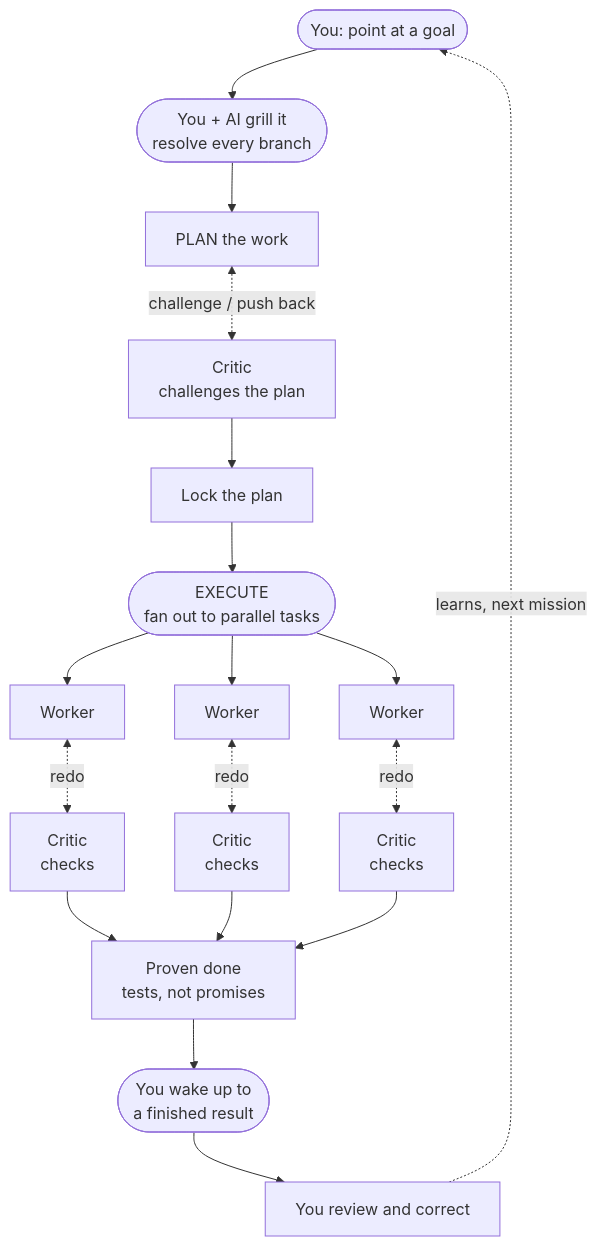
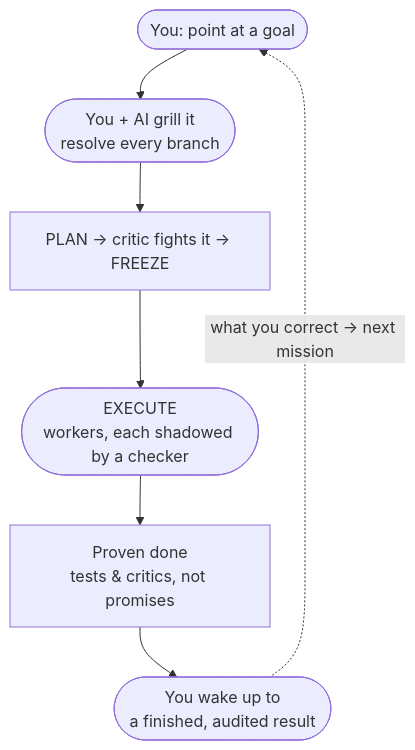
The diagram in README.md (yiliangs/long-mission-orchestrator), drawn with Mermaid before and after one commit. The commit also changed other lines of this file, not shown here.

Commit message:
docs: rewrite README for v0.2 — readable, key-features-first (390->165 lines, 7 diagrams->1)

````diff
--- a/README.md
+++ b/README.md
@@ -10,18 +9,9 @@
 ```mermaid
 flowchart TD
     H(["You: point at a goal"]) --> GRILL(["You + AI grill it<br/>resolve every branch"])
-    GRILL --> PLAN["PLAN the work"]
-    PLAN <-.->|"challenge / push back"| PCRIT["Critic<br/>challenges the plan"]
-    PCRIT --> FREEZE["Lock the plan"]
-
-    FREEZE --> EX(["EXECUTE<br/>fan out to parallel tasks"])
-    EX --> W1["Worker"] & W2["Worker"] & W3["Worker"]
-    W1 <-.->|redo| K1["Critic<br/>checks"]
-    W2 <-.->|redo| K2["Critic<br/>checks"]
-    W3 <-.->|redo| K3["Critic<br/>checks"]
-    K1 & K2 & K3 --> PROVE["Proven done<br/>tests, not promises"]
-
-    PROVE --> DELIVER(["You wake up to<br/>a finished result"])
-    DELIVER --> REVIEW["You review and correct"]
-    REVIEW -.->|"learns, next mission"| H
+    GRILL --> PLAN["PLAN → critic fights it → FREEZE"]
+    PLAN --> EX(["EXECUTE<br/>workers, each shadowed by a checker"])
+    EX --> PROVE["Proven done<br/>tests & critics, not promises"]
+    PROVE --> DELIVER(["You wake up to<br/>a finished, audited result"])
+    DELIVER -.->|"what you correct → next mission"| H
 ```
````
